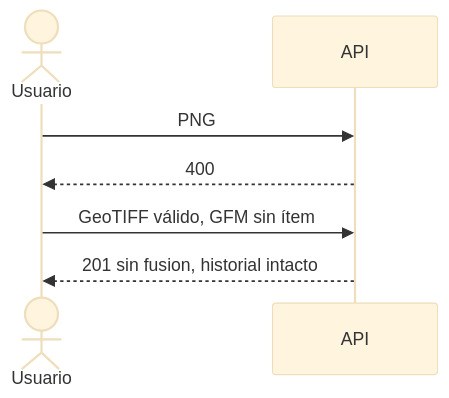
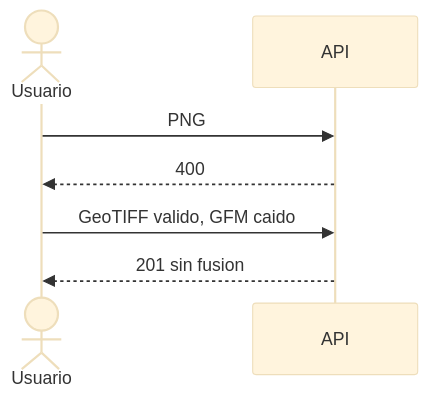
The fourth of 4 diagrams in docs/SegundoInforme.md (Charlsz/Tune), drawn with Mermaid (base theme) before and after one commit. The commit also changed other lines of this file, not shown here.

````diff
--- a/docs/SegundoInforme.md
+++ b/docs/SegundoInforme.md
@@ -330,9 +268,9 @@
 ```mermaid
 sequenceDiagram
   actor Usuario
   participant API
   Usuario->>API: PNG
   API-->>Usuario: 400
-  Usuario->>API: GeoTIFF válido, GFM sin ítem
-  API-->>Usuario: 201 sin fusion, historial intacto
+  Usuario->>API: GeoTIFF valido, GFM caido
+  API-->>Usuario: 201 sin fusion
 ```
````
